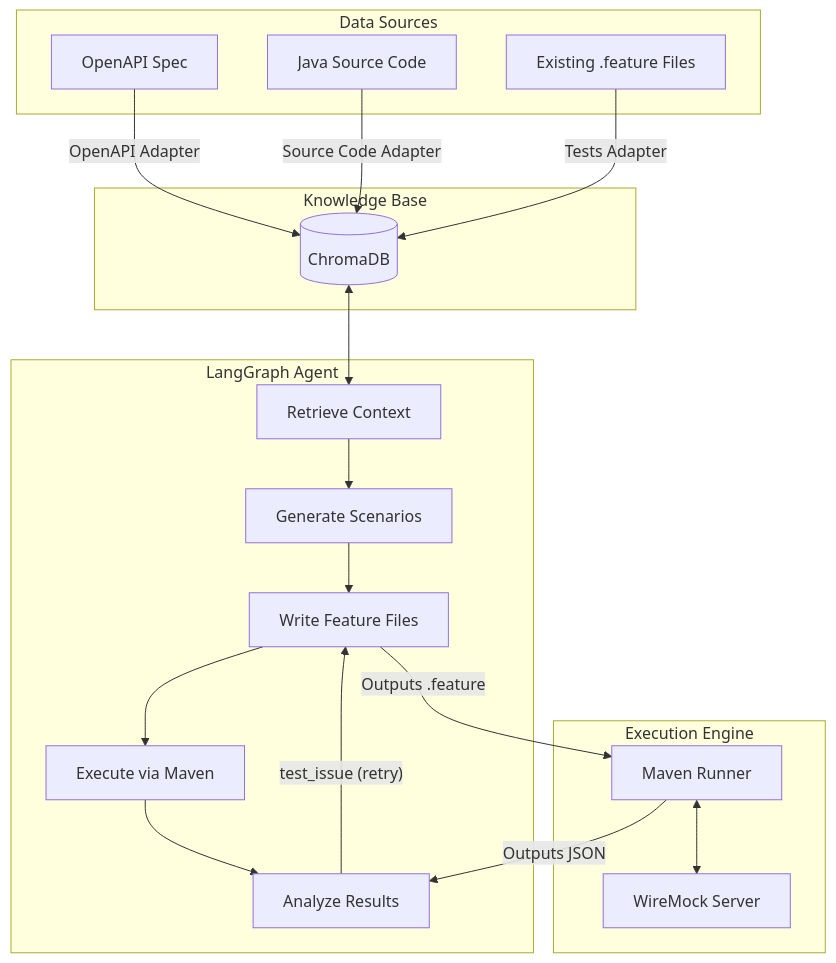
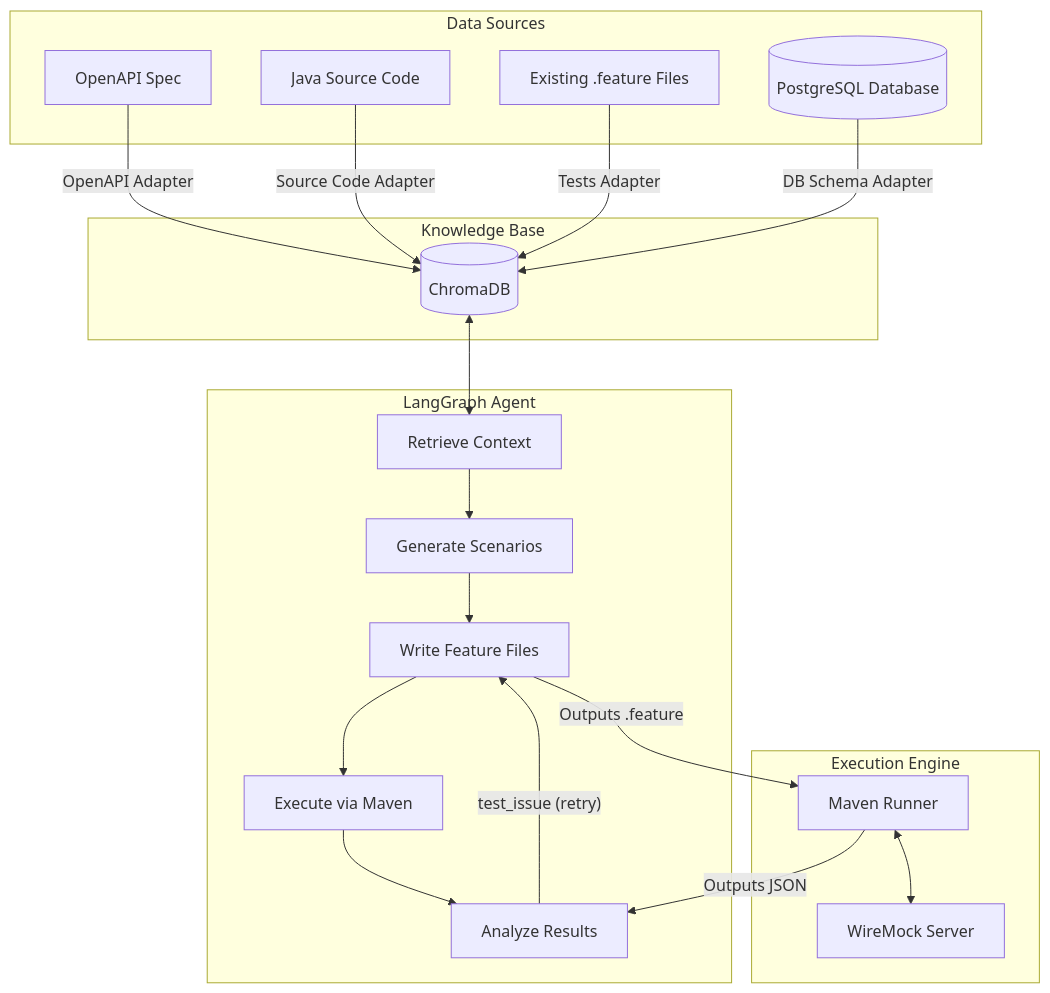
One commit to OblivionCore25/ai-agentic-karate-testing changed the first of 3 diagrams in docs/architecture.md. Above: the diagram before and after it, drawn with Mermaid. The commit also changed other lines of this file and 1 other file, not shown here.

Commit message:
feat: add PostgreSQL schema ingestion and JDBC verification to architecture documentation

````diff
--- a/docs/architecture.md
+++ b/docs/architecture.md
@@ -7,40 +7,42 @@
 ```mermaid
 graph TD
     subgraph Data Sources
         Spec[OpenAPI Spec]
         Code[Java Source Code]
         Tests[Existing .feature Files]
+        DB[(PostgreSQL Database)]
     end
 
     subgraph Knowledge Base
         VectorDB[(ChromaDB)]
     end
 
     subgraph LangGraph Agent
         Retrieve[Retrieve Context]
         Generate[Generate Scenarios]
         Write[Write Feature Files]
         Execute[Execute via Maven]
         Analyze[Analyze Results]
         
         Retrieve --> Generate
         Generate --> Write
         Write --> Execute
         Execute --> Analyze
         Analyze -- "test_issue (retry)" --> Write
     end
 
     subgraph Execution Engine
         Runner[Maven Runner]
         WireMock[WireMock Server]
     end
 
     Spec -->|OpenAPI Adapter| VectorDB
     Code -->|Source Code Adapter| VectorDB
     Tests -->|Tests Adapter| VectorDB
+    DB -->|DB Schema Adapter| VectorDB
     
     VectorDB <--> Retrieve
     Write -->|Outputs .feature| Runner
     Runner <--> WireMock
     Runner -->|Outputs JSON| Analyze
 ```
````
